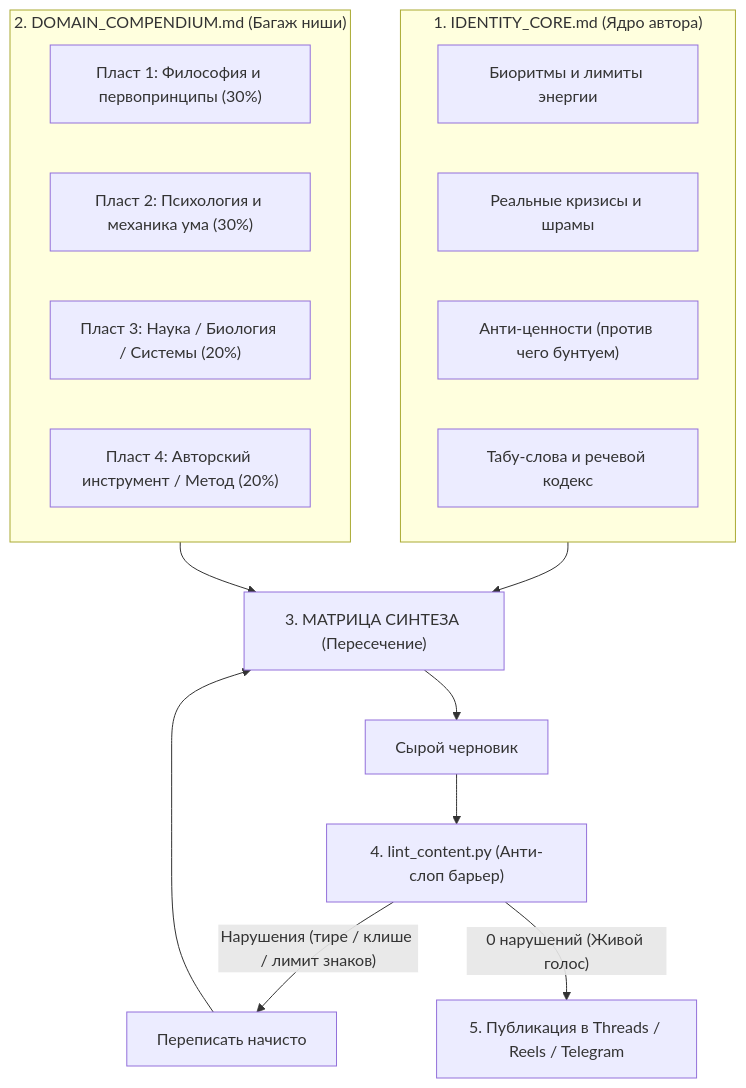
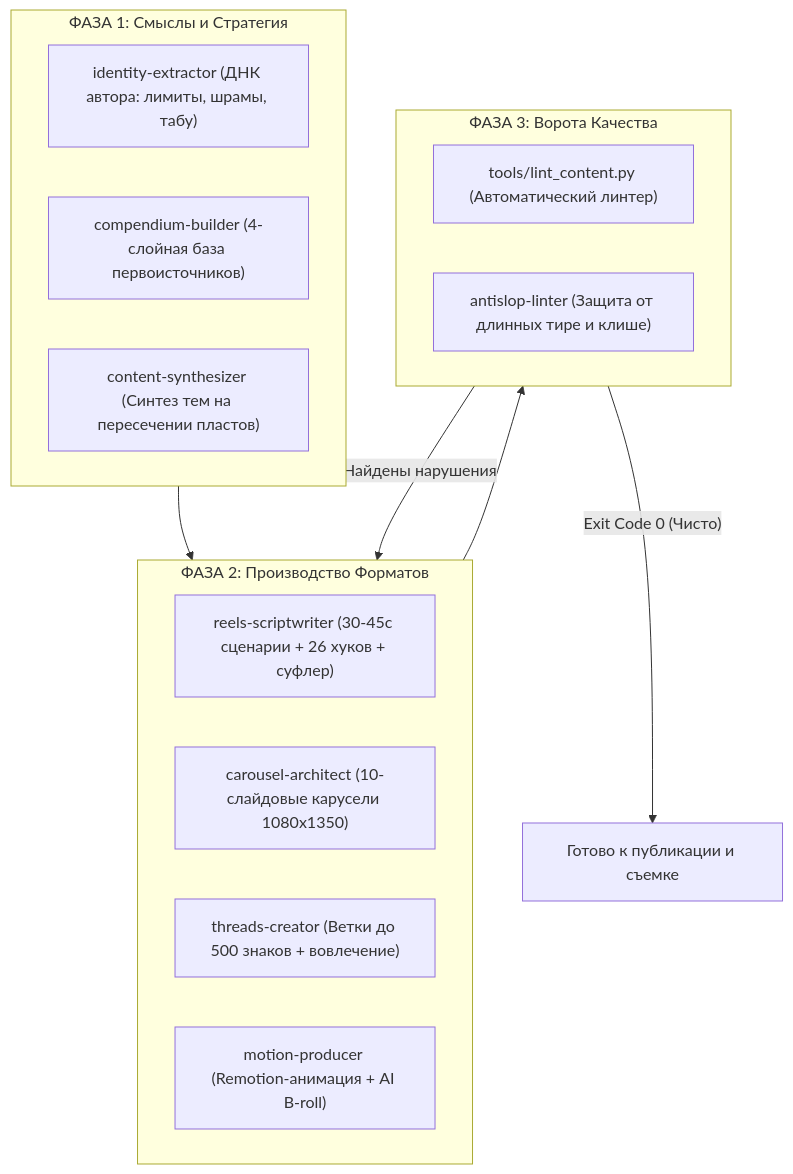
One commit to voronin-s-dev/creator-core-engine changed the diagram in README_RU.md. Above: the diagram before and after it, drawn with Mermaid. The commit also changed other lines of this file and 10 other files, not shown here.

Commit message:
feat: pack complete production studio (reels-scriptwriter, carousel-architect, threads-creator, motion-producer, hooks vault)

````diff
--- a/README_RU.md
+++ b/README_RU.md
@@ -35,26 +33,25 @@
 ```mermaid
 flowchart TD
-    subgraph ДНК["1. IDENTITY_CORE.md (Ядро автора)"]
-        A1["Биоритмы и лимиты энергии"]
-        A2["Реальные кризисы и шрамы"]
-        A3["Анти-ценности (против чего бунтуем)"]
-        A4["Табу-слова и речевой кодекс"]
+    subgraph Фаза1["ФАЗА 1: Смыслы и Стратегия"]
+        A1["identity-extractor (ДНК автора: лимиты, шрамы, табу)"]
+        A2["compendium-builder (4-слойная база первоисточников)"]
+        A3["content-synthesizer (Синтез тем на пересечении пластов)"]
     end
 
-    subgraph Компендиум["2. DOMAIN_COMPENDIUM.md (Багаж ниши)"]
-        B1["Пласт 1: Философия и первопринципы (30%)"]
-        B2["Пласт 2: Психология и механика ума (30%)"]
-        B3["Пласт 3: Наука / Биология / Системы (20%)"]
-        B4["Пласт 4: Авторский инструмент / Метод (20%)"]
+    subgraph Фаза2["ФАЗА 2: Производство Форматов"]
+        B1["reels-scriptwriter (30-45с сценарии + 26 хуков + суфлер)"]
+        B2["carousel-architect (10-слайдовые карусели 1080x1350)"]
+        B3["threads-creator (Ветки до 500 знаков + вовлечение)"]
+        B4["motion-producer (Remotion-анимация + AI B-roll)"]
     end
 
-    ДНК --> Движок["3. МАТРИЦА СИНТЕЗА (Пересечение)"]
-    Компендиум --> Движок
+    subgraph Фаза3["ФАЗА 3: Ворота Качества"]
+        C1["tools/lint_content.py (Автоматический линтер)"]
+        C2["antislop-linter (Защита от длинных тире и клише)"]
+    end
 
-    Движок --> Черновик["Сырой черновик"]
-    Черновик --> Линтер["4. lint_content.py (Анти-слоп барьер)"]
-    
-    Линтер -- "Нарушения (тире / клише / лимит знаков)" --> Отказ["Переписать начисто"]
-    Отказ --> Движок
-    Линтер -- "0 нарушений (Живой голос)" --> Готово["5. Публикация в Threads / Reels / Telegram"]
+    Фаза1 --> Фаза2
+    Фаза2 --> Фаза3
+    Фаза3 -- "Найдены нарушения" --> Фаза2
+    Фаза3 -- "Exit Code 0 (Чисто)" --> Готово["Готово к публикации и съемке"]
 ```
````
